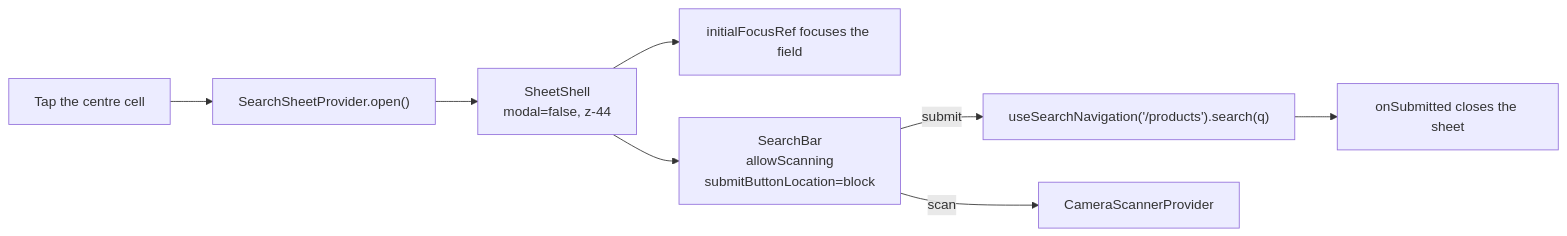
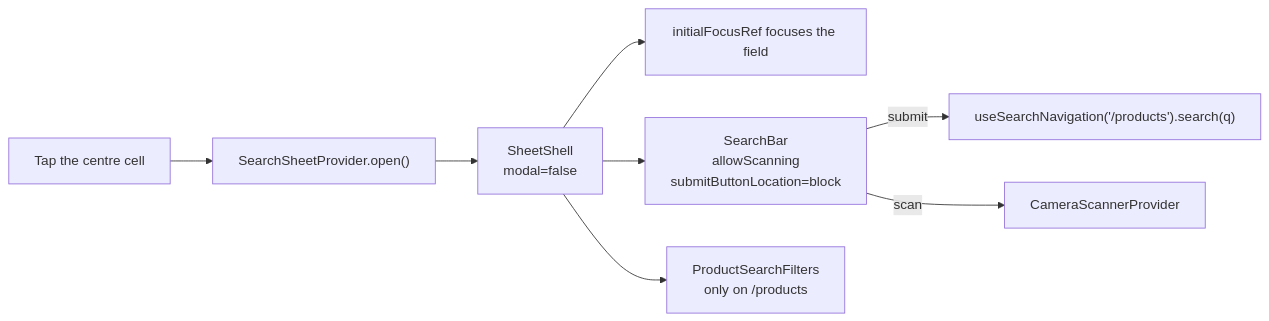
One commit to OffCrazyFreak/Disscount changed the third of 5 diagrams in docs/MOBILE-NAV.md. Above: the diagram before and after it, drawn with Mermaid. The commit also changed other lines of this file, not shown here.

First line of the commit message:
docs(mobile-nav): Record the shared sheet geometry and the filters panel

````diff
--- a/docs/MOBILE-NAV.md
+++ b/docs/MOBILE-NAV.md
@@ -233,10 +234,10 @@
 ```mermaid
 flowchart LR
     tap["Tap the centre cell"] --> open["SearchSheetProvider.open()"]
-    open --> shell["SheetShell<br/>modal=false, z-44"]
+    open --> shell["SheetShell<br/>modal=false"]
     shell --> focus["initialFocusRef focuses the field"]
     shell --> bar["SearchBar<br/>allowScanning<br/>submitButtonLocation=block"]
+    shell --> filters["ProductSearchFilters<br/>only on /products"]
     bar -->|submit| nav["useSearchNavigation('/products').search(q)"]
     bar -->|scan| scanner["CameraScannerProvider"]
-    nav --> close["onSubmitted closes the sheet"]
 ```
````
